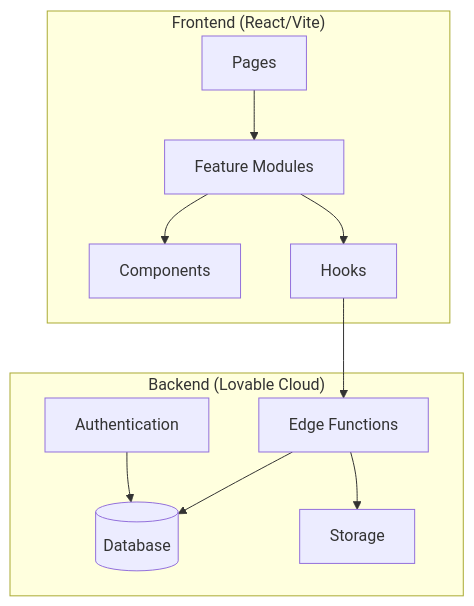
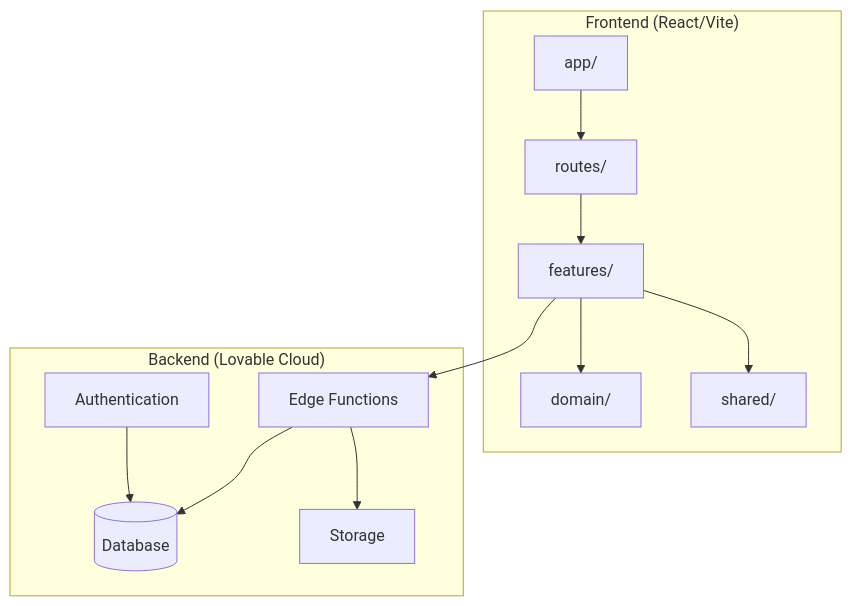
The first of 7 diagrams in docs/ARCHITECTURE.md (SOMET1010/igp-ifn-connect), drawn with Mermaid before and after one commit. The commit also changed other lines of this file and 26 other files, not shown here.

````diff
--- a/docs/ARCHITECTURE.md
+++ b/docs/ARCHITECTURE.md
@@ -7,24 +13,26 @@
 ```mermaid
 graph TD
     subgraph Frontend["Frontend (React/Vite)"]
-        Pages[Pages]
-        Features[Feature Modules]
-        Components[Components]
-        Hooks[Hooks]
+        App[app/]
+        Routes[routes/]
+        Features[features/]
+        Domain[domain/]
+        Shared[shared/]
     end
     
     subgraph Backend["Backend (Lovable Cloud)"]
         EdgeFn[Edge Functions]
         DB[(Database)]
         Storage[Storage]
         Auth[Authentication]
     end
     
-    Pages --> Features
-    Features --> Components
-    Features --> Hooks
-    Hooks --> EdgeFn
+    App --> Routes
+    Routes --> Features
+    Features --> Domain
+    Features --> Shared
+    Features --> EdgeFn
     EdgeFn --> DB
     EdgeFn --> Storage
     Auth --> DB
 ```
````
